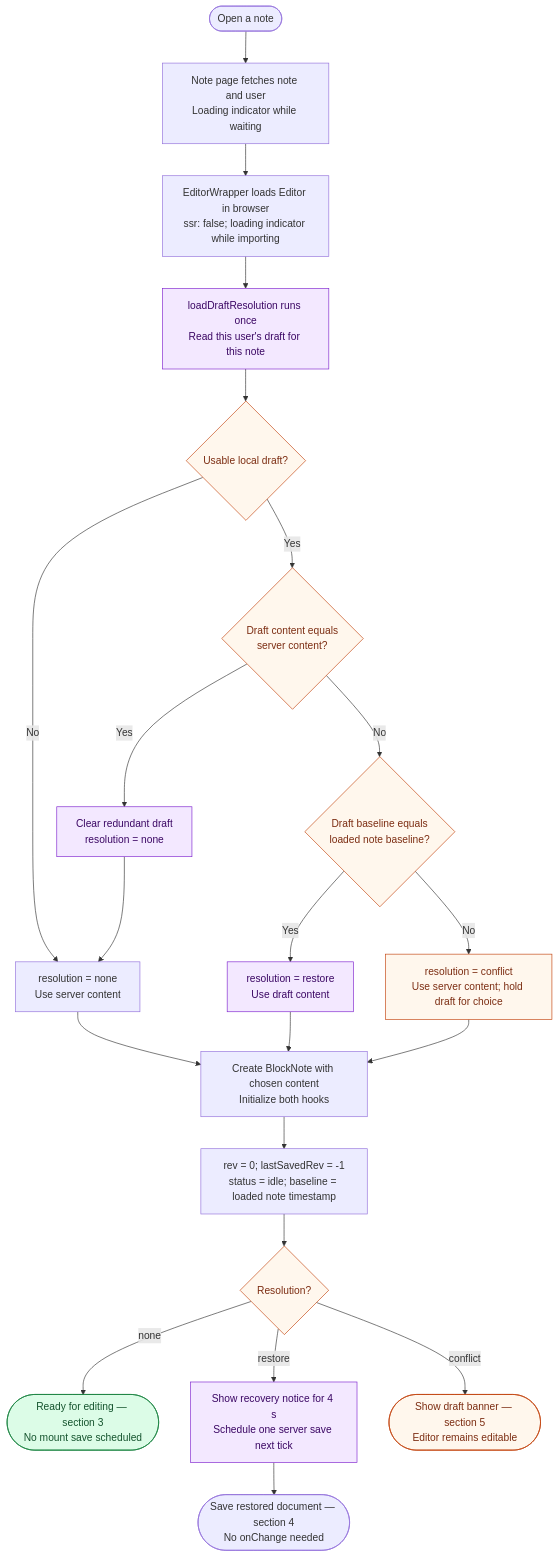
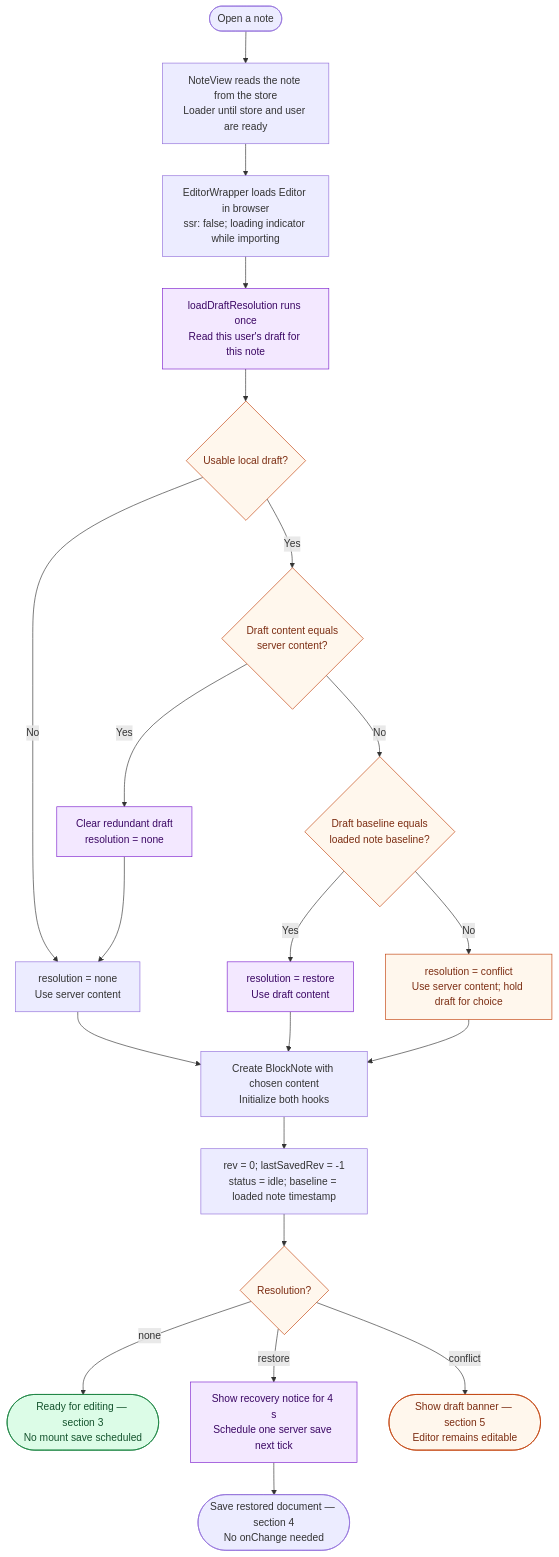
One commit to youseffswd/note-management changed the first of 10 diagrams in docs/note-editor-flow.md. Above: the diagram before and after it, drawn with Mermaid. The commit also changed other lines of this file and 12 other files, not shown here.

````diff
--- a/docs/note-editor-flow.md
+++ b/docs/note-editor-flow.md
@@ -57,29 +57,29 @@
 ```mermaid
 flowchart TD
-    A([Open a note]) --> B["Note page fetches note and user<br/>Loading indicator while waiting"]
+    A([Open a note]) --> B["NoteView reads the note from the store<br/>Loader until store and user are ready"]
     B --> C["EditorWrapper loads Editor in browser<br/>ssr: false; loading indicator while importing"]
     C --> D["loadDraftResolution runs once<br/>Read this user's draft for this note"]
     D --> E{"Usable local draft?"}
     E -->|No| F["resolution = none<br/>Use server content"]
     E -->|Yes| G{"Draft content equals<br/>server content?"}
     G -->|Yes| H["Clear redundant draft<br/>resolution = none"]
     H --> F
     G -->|No| I{"Draft baseline equals<br/>loaded note baseline?"}
     I -->|Yes| J["resolution = restore<br/>Use draft content"]
     I -->|No| K["resolution = conflict<br/>Use server content; hold draft for choice"]
     F --> L["Create BlockNote with chosen content<br/>Initialize both hooks"]
     J --> L
     K --> L
     L --> M["rev = 0; lastSavedRev = -1<br/>status = idle; baseline = loaded note timestamp"]
     M --> N{"Resolution?"}
     N -->|none| O(["Ready for editing — section 3<br/>No mount save scheduled"])
     N -->|restore| P["Show recovery notice for 4 s<br/>Schedule one server save next tick"]
     P --> Q(["Save restored document — section 4<br/>No onChange needed"])
     N -->|conflict| R(["Show draft banner — section 5<br/>Editor remains editable"])
     classDef local fill:#f3e8ff,stroke:#7e22ce,color:#3b0764;
     classDef good fill:#dcfce7,stroke:#15803d,color:#14532d;
     classDef choice fill:#fff7ed,stroke:#c2410c,color:#7c2d12;
     class D,H,J,P local;
     class O good;
     class E,G,I,N,K,R choice;
 ```
````
